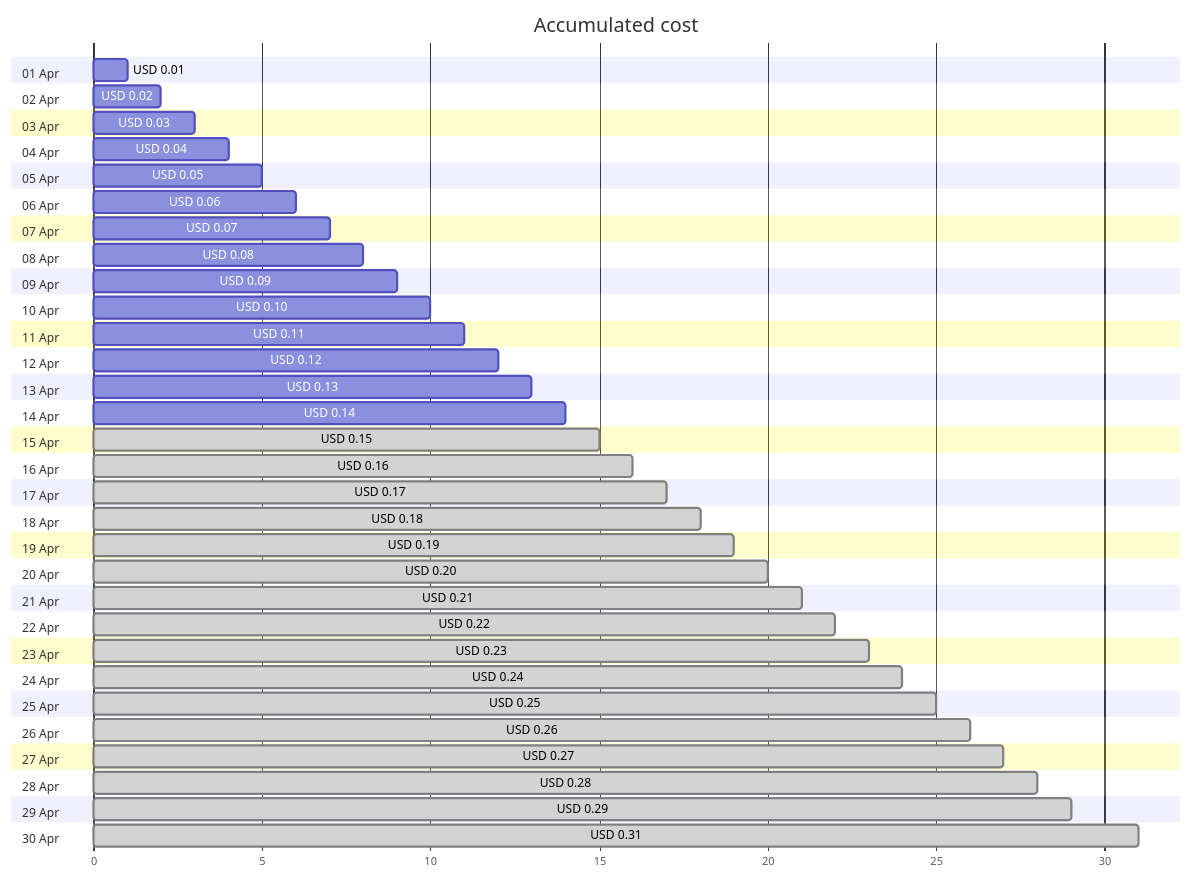
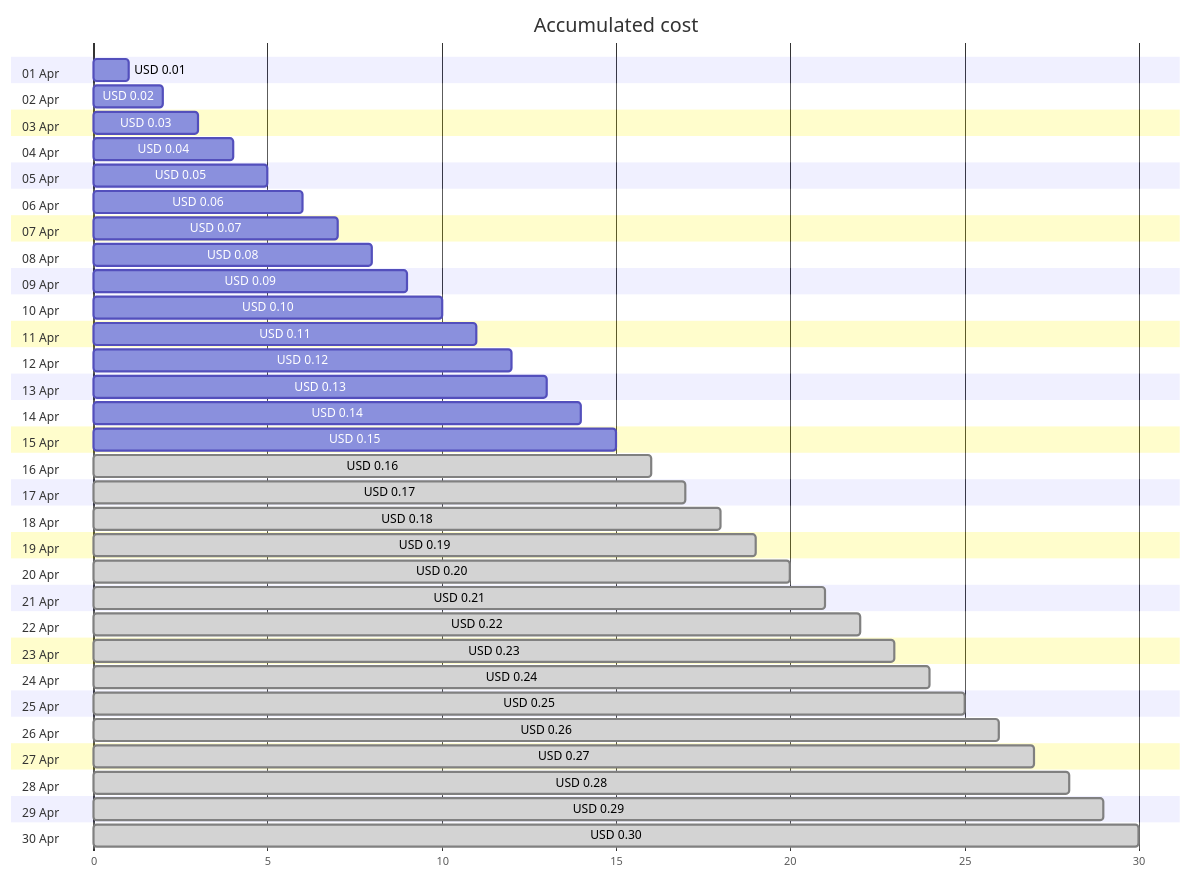
One commit to jpfulton/azure-personal-reports changed the first of 4 diagrams in cost-reports/cloud-shell-storage-eastus/README.md. Above: the diagram before and after it, drawn with Mermaid. The commit also changed other lines of this file and 1 other file, not shown here.

````diff
--- a/cost-reports/cloud-shell-storage-eastus/README.md
+++ b/cost-reports/cloud-shell-storage-eastus/README.md
@@ -20,66 +20,66 @@
 ```mermaid
 gantt
    title Accumulated cost
    dateFormat  X
    axisFormat %s
    section 01 Apr
    USD 0.01 :0, 1
    section 02 Apr
    USD 0.02 :0, 2
    section 03 Apr
    USD 0.03 :0, 3
    section 04 Apr
    USD 0.04 :0, 4
    section 05 Apr
    USD 0.05 :0, 5
    section 06 Apr
    USD 0.06 :0, 6
    section 07 Apr
    USD 0.07 :0, 7
    section 08 Apr
    USD 0.08 :0, 8
    section 09 Apr
    USD 0.09 :0, 9
    section 10 Apr
    USD 0.10 :0, 10
    section 11 Apr
    USD 0.11 :0, 11
    section 12 Apr
    USD 0.12 :0, 12
    section 13 Apr
    USD 0.13 :0, 13
    section 14 Apr
    USD 0.14 :0, 14
    section 15 Apr
-   USD 0.15 : done, 0, 15
+   USD 0.15 :0, 15
    section 16 Apr
    USD 0.16 : done, 0, 16
    section 17 Apr
    USD 0.17 : done, 0, 17
    section 18 Apr
    USD 0.18 : done, 0, 18
    section 19 Apr
    USD 0.19 : done, 0, 19
    section 20 Apr
    USD 0.20 : done, 0, 20
    section 21 Apr
    USD 0.21 : done, 0, 21
    section 22 Apr
    USD 0.22 : done, 0, 22
    section 23 Apr
    USD 0.23 : done, 0, 23
    section 24 Apr
    USD 0.24 : done, 0, 24
    section 25 Apr
    USD 0.25 : done, 0, 25
    section 26 Apr
    USD 0.26 : done, 0, 26
    section 27 Apr
    USD 0.27 : done, 0, 27
    section 28 Apr
    USD 0.28 : done, 0, 28
    section 29 Apr
    USD 0.29 : done, 0, 29
    section 30 Apr
-   USD 0.31 : done, 0, 31
+   USD 0.30 : done, 0, 30
 ```
````
